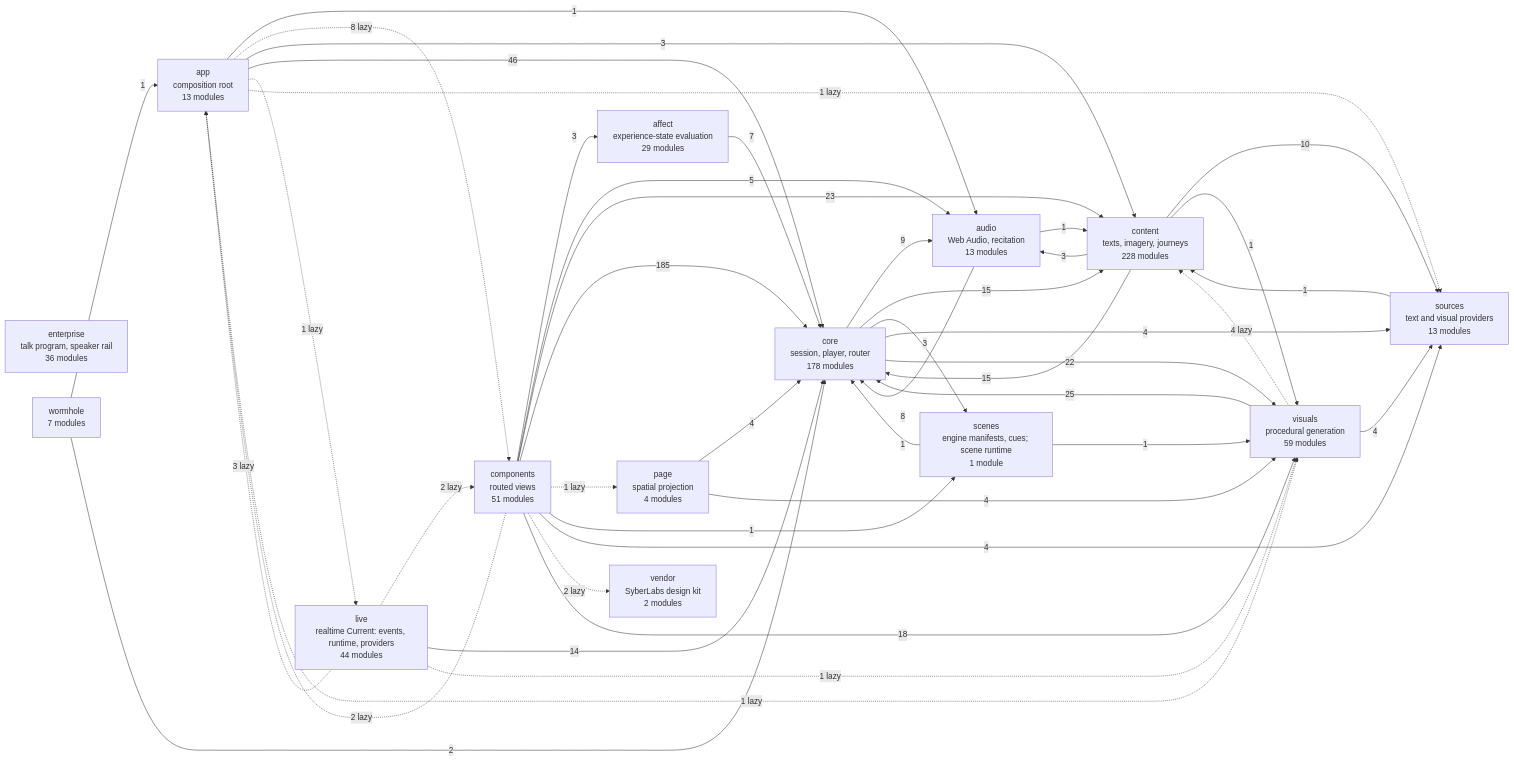
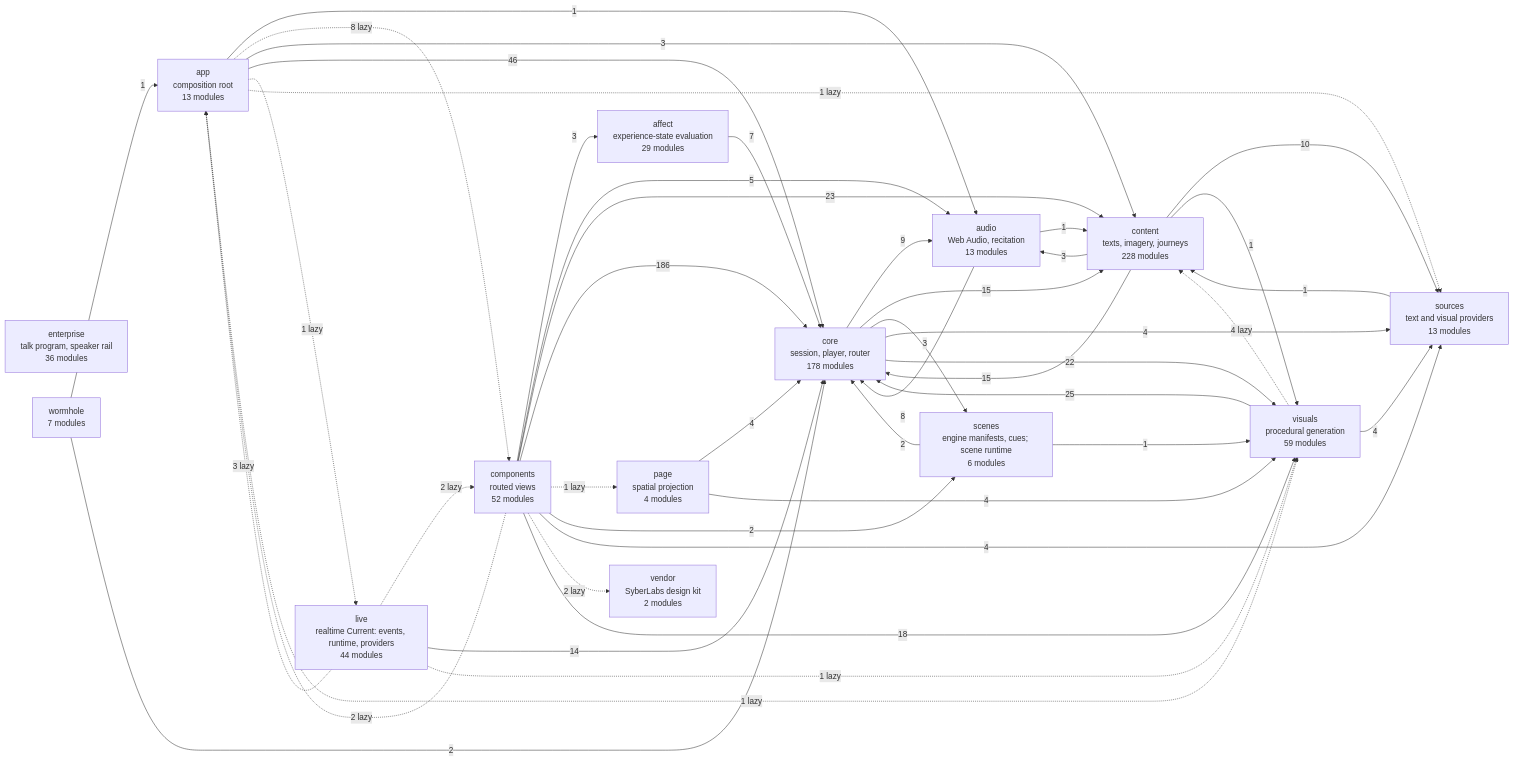
Before and after one commit to SyberLabs/RISE: the diagram in docs/specs/ARCHITECTURE.md, drawn with Mermaid. The commit also changed 37 other files, not shown here.

````diff
--- a/docs/specs/ARCHITECTURE.md
+++ b/docs/specs/ARCHITECTURE.md
@@ -154,61 +154,61 @@
 ```mermaid
 flowchart LR
     affect["affect<br/>experience-state evaluation<br/>29 modules"]
     app["app<br/>composition root<br/>13 modules"]
     audio["audio<br/>Web Audio, recitation<br/>13 modules"]
-    components["components<br/>routed views<br/>51 modules"]
+    components["components<br/>routed views<br/>52 modules"]
     content["content<br/>texts, imagery, journeys<br/>228 modules"]
     core["core<br/>session, player, router<br/>178 modules"]
     enterprise["enterprise<br/>talk program, speaker rail<br/>36 modules"]
     live["live<br/>realtime Current: events, runtime, providers<br/>44 modules"]
     page["page<br/>spatial projection<br/>4 modules"]
-    scenes["scenes<br/>engine manifests, cues; scene runtime<br/>1 module"]
+    scenes["scenes<br/>engine manifests, cues; scene runtime<br/>6 modules"]
     sources["sources<br/>text and visual providers<br/>13 modules"]
     vendor["vendor<br/>SyberLabs design kit<br/>2 modules"]
     visuals["visuals<br/>procedural generation<br/>59 modules"]
     wormhole["wormhole<br/>7 modules"]
 
     affect --> |7| core
     app --> |1| audio
     app -.-> |8 lazy| components
     app --> |3| content
     app --> |46| core
     app -.-> |1 lazy| live
     app -.-> |1 lazy| sources
     app -.-> |1 lazy| visuals
     audio --> |1| content
     audio --> |8| core
     components --> |3| affect
     components -.-> |2 lazy| app
     components --> |5| audio
     components --> |23| content
-    components --> |185| core
+    components --> |186| core
     components -.-> |1 lazy| page
-    components --> |1| scenes
+    components --> |2| scenes
     components --> |4| sources
     components -.-> |2 lazy| vendor
     components --> |18| visuals
     content --> |3| audio
     content --> |15| core
     content --> |10| sources
     content --> |1| visuals
     core --> |9| audio
     core --> |15| content
     core --> |3| scenes
     core --> |4| sources
     core --> |22| visuals
     live -.-> |3 lazy| app
     live -.-> |2 lazy| components
     live --> |14| core
     live -.-> |1 lazy| visuals
     page --> |4| core
     page --> |4| visuals
-    scenes --> |1| core
+    scenes --> |2| core
     scenes --> |1| visuals
     sources --> |1| content
     visuals -.-> |4 lazy| content
     visuals --> |25| core
     visuals --> |4| sources
     wormhole --> |1| app
     wormhole --> |2| core
 ```
````
